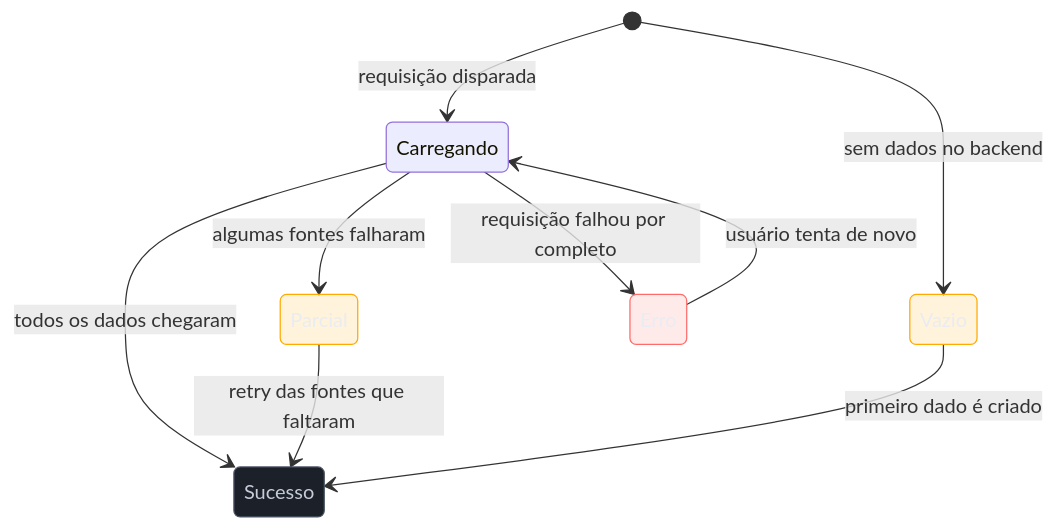
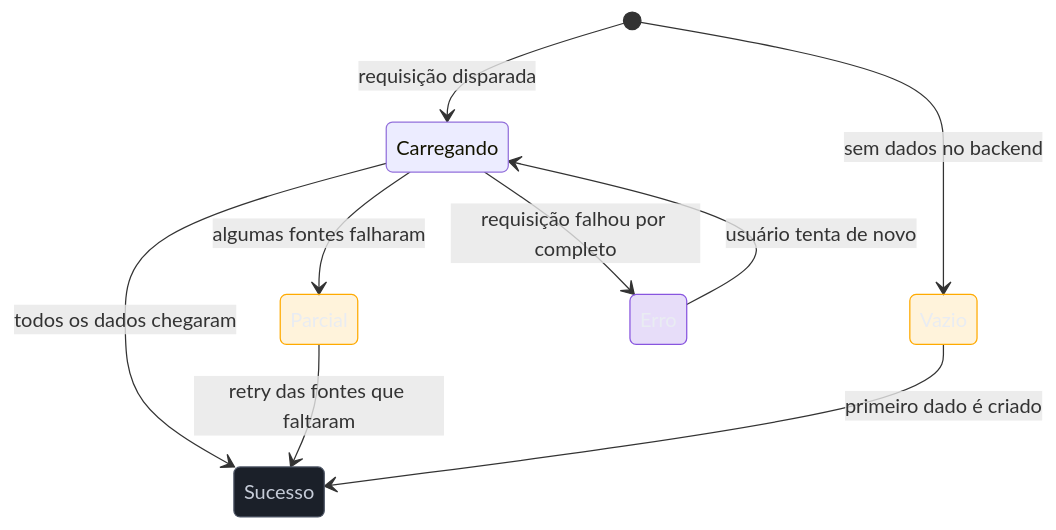
One commit to josenaldo/codex-technomanticus changed the diagram in 03-Dominios/Engenharia/UX/Design de Interação/20 - Os 5 estados de tela.md. Above: the diagram before and after it, drawn with Mermaid. The commit also changed 601 other files, not shown here.

````diff
--- a/03-Dominios/Engenharia/UX/Design de Interação/20 - Os 5 estados de tela.md
+++ b/03-Dominios/Engenharia/UX/Design de Interação/20 - Os 5 estados de tela.md
@@ -32,18 +32,18 @@
 ```mermaid
 stateDiagram-v2
+    classDef marca fill:#8855DF33,stroke:#8855DF,color:#E9ECF2
     classDef neutro fill:#1B2029,stroke:#4E5666,color:#C6CCD8
     classDef destaque fill:#FFAA0024,stroke:#FFAA00,color:#E9ECF2
-    classDef falha fill:#FF6B6B24,stroke:#FF6B6B,color:#E9ECF2
     [*] --> Vazio: sem dados no backend
     [*] --> Carregando: requisição disparada
     Carregando --> Sucesso: todos os dados chegaram
     Carregando --> Parcial: algumas fontes falharam
     Carregando --> Erro: requisição falhou por completo
     Parcial --> Sucesso: retry das fontes que faltaram
     Erro --> Carregando: usuário tenta de novo
     Vazio --> Sucesso: primeiro dado é criado
     class Sucesso neutro
     class Parcial destaque
-    class Erro falha
+    class Erro marca
     class Vazio destaque
 ```
````
